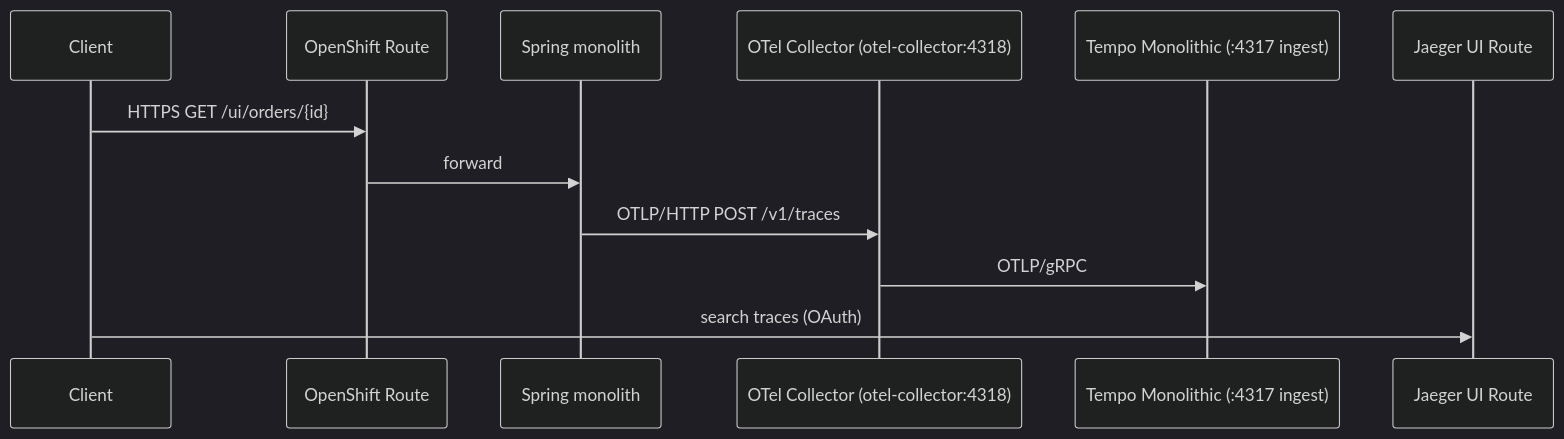
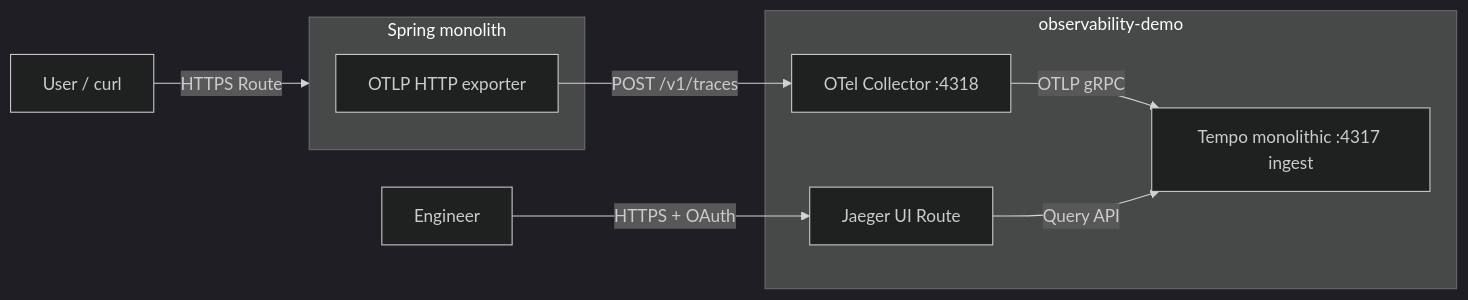
One commit to sawoohoorun/ocp-observ-monolithic changed the diagram in OCP-4.18-Observability-Demo-Deployment.md. Above: the diagram before and after it, drawn with Mermaid (dark theme). The commit also changed other lines of this file and 2 other files, not shown here.

First line of the commit message:
Docs: rework OCP 4.18 guide — Tracing Testing, Jaeger UI, no inline manifests

````diff
--- a/OCP-4.18-Observability-Demo-Deployment.md
+++ b/OCP-4.18-Observability-Demo-Deployment.md
@@ -17,14 +21,16 @@
 ```mermaid
-sequenceDiagram
-  participant U as Client
-  participant R as OpenShift Route
-  participant A as Spring monolith
-  participant C as OTel Collector (otel-collector:4318)
-  participant T as Tempo Monolithic (:4317 ingest)
-  participant J as Jaeger UI Route
-  U->>R: HTTPS GET /ui/orders/{id}
-  R->>A: forward
-  A->>C: OTLP/HTTP POST /v1/traces
-  C->>T: OTLP/gRPC
-  U->>J: search traces (OAuth)
+flowchart LR
+  subgraph app[Spring monolith]
+    A[OTLP HTTP exporter]
+  end
+  subgraph obs[observability-demo]
+    C[OTel Collector :4318]
+    T[Tempo monolithic :4317 ingest]
+    J[Jaeger UI Route]
+  end
+  A -->|POST /v1/traces| C
+  C -->|OTLP gRPC| T
+  J -->|Query API| T
+  U[User / curl] -->|HTTPS Route| app
+  U2[Engineer] -->|HTTPS + OAuth| J
 ```
````
